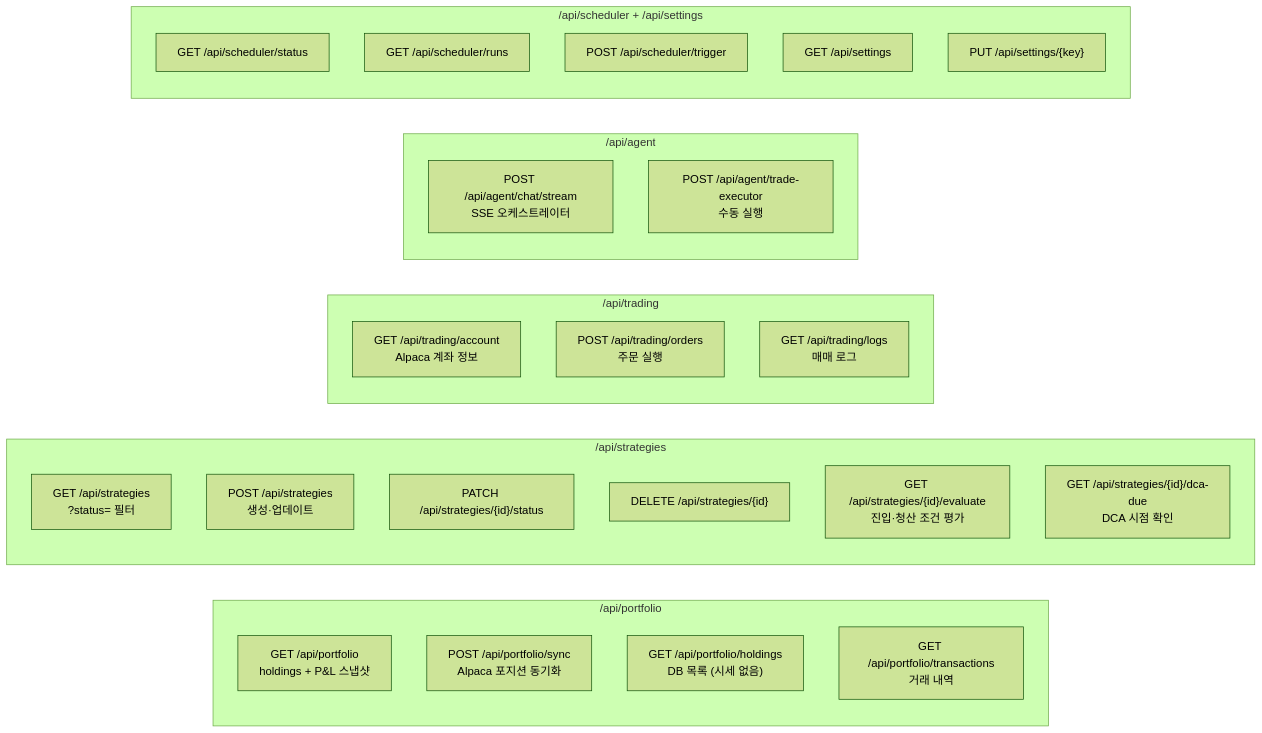
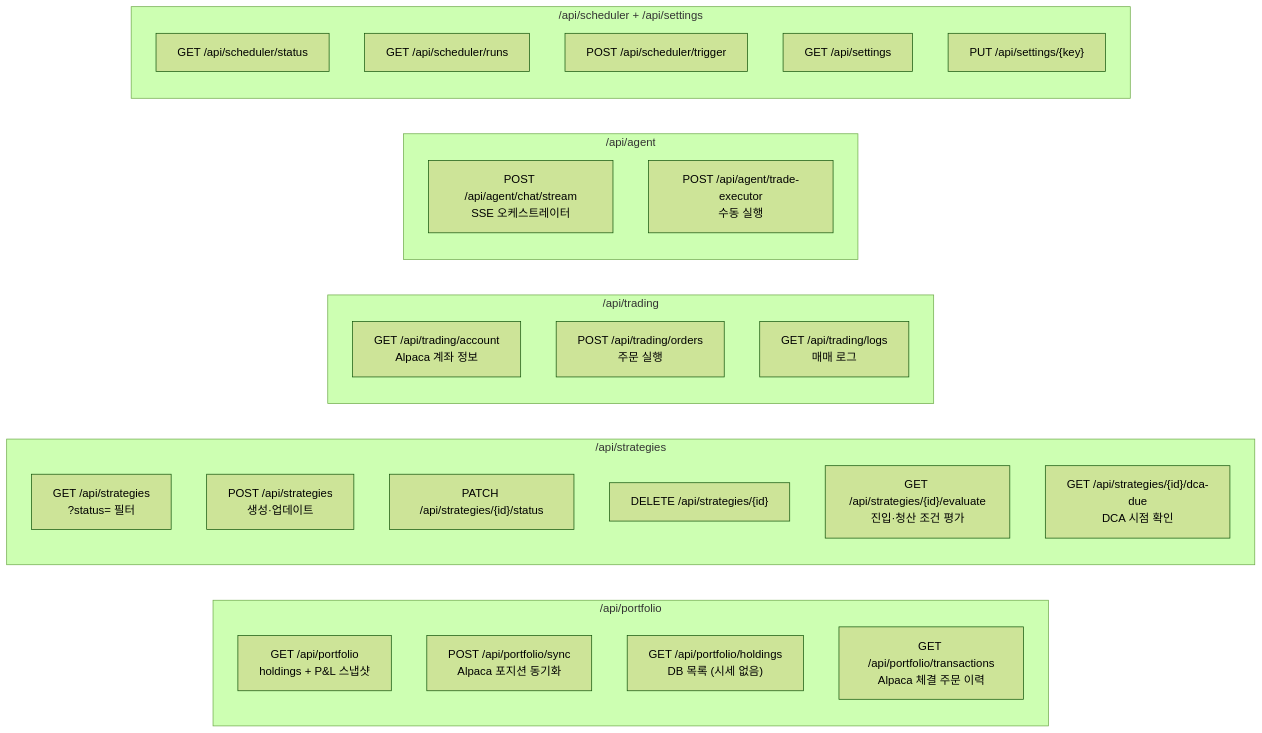
The fourth of 5 diagrams in .claude/docs/architecture-ddd.md (yogurt-c/auto-trading), drawn with Mermaid (forest theme) before and after one commit. The commit also changed other lines of this file and 44 other files, not shown here.

````diff
--- a/.claude/docs/architecture-ddd.md
+++ b/.claude/docs/architecture-ddd.md
@@ -164,37 +162,37 @@
 ```mermaid
 graph LR
     subgraph portfolio["/api/portfolio"]
         P1["GET /api/portfolio<br/>holdings + P&L 스냅샷"]
         P2["POST /api/portfolio/sync<br/>Alpaca 포지션 동기화"]
         P3["GET /api/portfolio/holdings<br/>DB 목록 (시세 없음)"]
-        P4["GET /api/portfolio/transactions<br/>거래 내역"]
+        P4["GET /api/portfolio/transactions<br/>Alpaca 체결 주문 이력"]
     end
 
     subgraph strategies["/api/strategies"]
         S1["GET /api/strategies<br/>?status= 필터"]
         S2["POST /api/strategies<br/>생성·업데이트"]
         S3["PATCH /api/strategies/{id}/status"]
         S4["DELETE /api/strategies/{id}"]
         S5["GET /api/strategies/{id}/evaluate<br/>진입·청산 조건 평가"]
         S6["GET /api/strategies/{id}/dca-due<br/>DCA 시점 확인"]
     end
 
     subgraph trading["/api/trading"]
         T1["GET /api/trading/account<br/>Alpaca 계좌 정보"]
         T2["POST /api/trading/orders<br/>주문 실행"]
         T3["GET /api/trading/logs<br/>매매 로그"]
     end
 
     subgraph agent["/api/agent"]
         A1["POST /api/agent/chat/stream<br/>SSE 오케스트레이터"]
         A2["POST /api/agent/trade-executor<br/>수동 실행"]
     end
 
     subgraph sched["/api/scheduler + /api/settings"]
         SC1["GET /api/scheduler/status"]
         SC2["GET /api/scheduler/runs"]
         SC3["POST /api/scheduler/trigger"]
         SC4["GET /api/settings"]
         SC5["PUT /api/settings/{key}"]
     end
 ```
````
